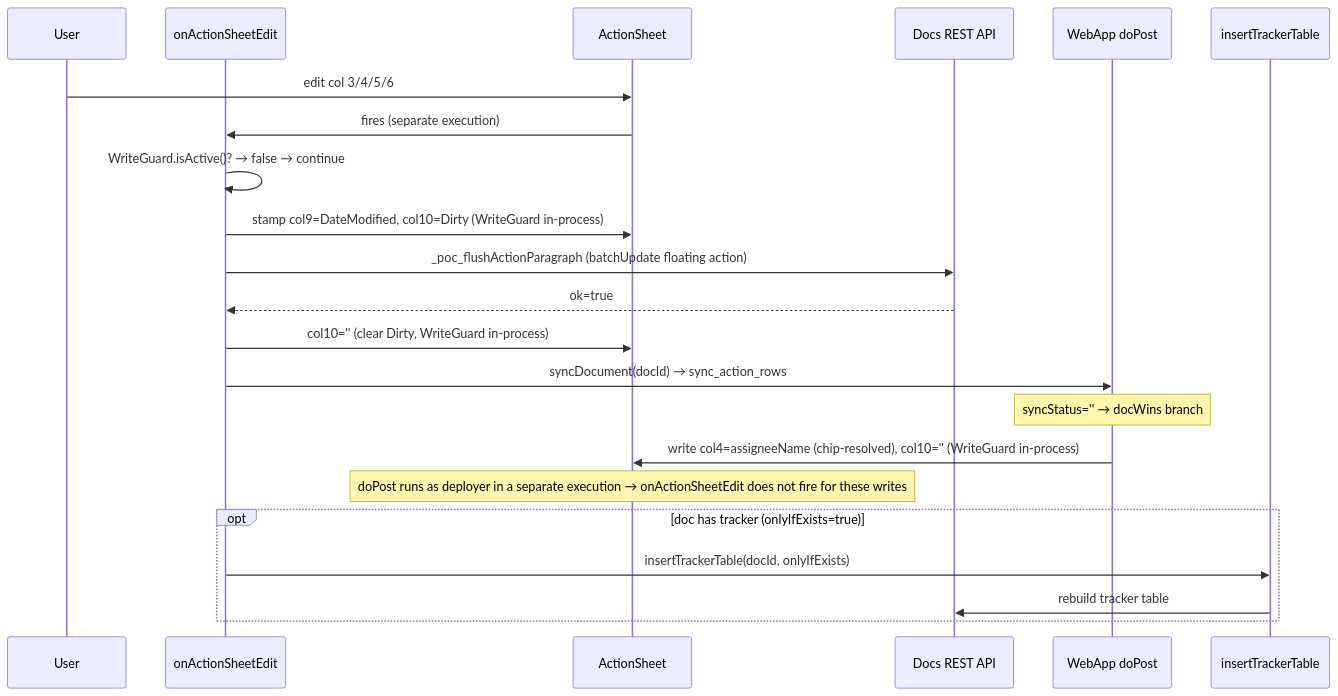
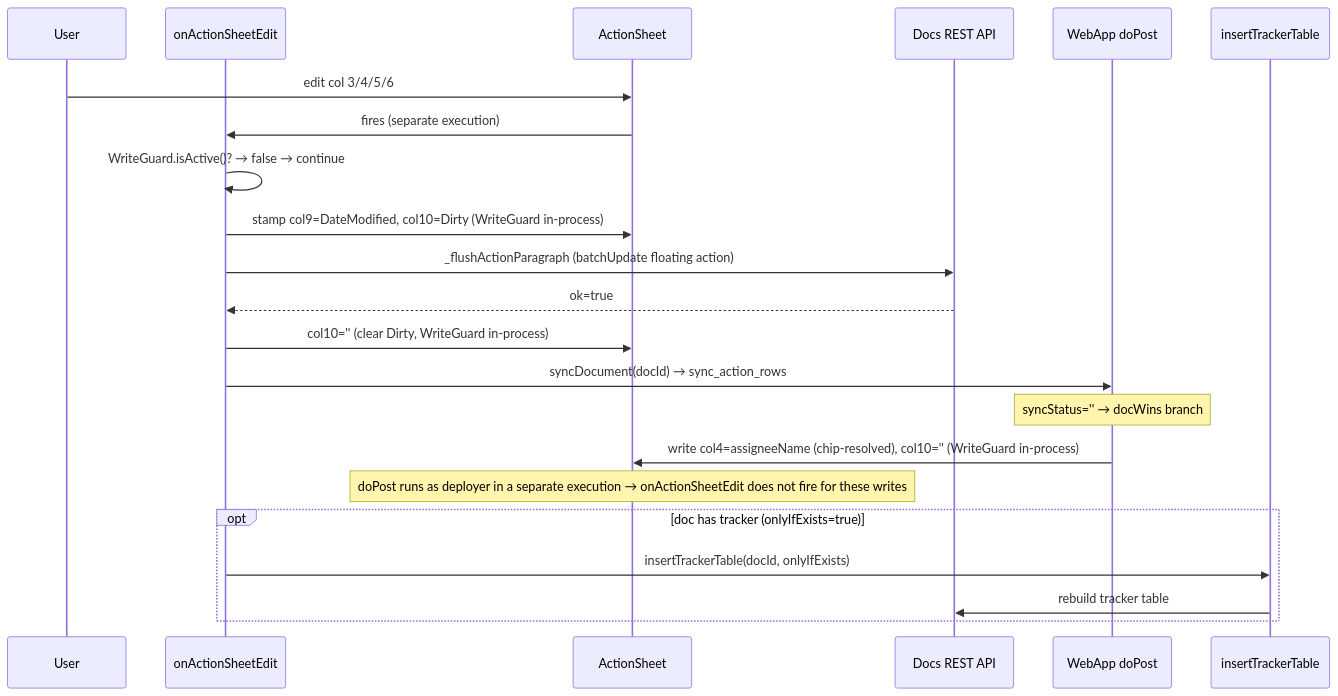
Before and after one commit to stuartdonaldson/GActionSheet: the sixth of 7 diagrams in docs/DESIGN.md, drawn with Mermaid. The commit also changed other lines of this file and 16 other files, not shown here.

````diff
--- a/docs/DESIGN.md
+++ b/docs/DESIGN.md
@@ -421,25 +423,25 @@
 ```mermaid
 sequenceDiagram
     participant User
     participant Trigger as onActionSheetEdit
     participant Sheet as ActionSheet
     participant REST as Docs REST API
     participant WebApp as WebApp doPost
     participant Tracker as insertTrackerTable
 
     User->>Sheet: edit col 3/4/5/6
     Sheet->>Trigger: fires (separate execution)
     Trigger->>Trigger: WriteGuard.isActive()? → false → continue
     Trigger->>Sheet: stamp col9=DateModified, col10=Dirty (WriteGuard in-process)
-    Trigger->>REST: _poc_flushActionParagraph (batchUpdate floating action)
+    Trigger->>REST: _flushActionParagraph (batchUpdate floating action)
     REST-->>Trigger: ok=true
     Trigger->>Sheet: col10='' (clear Dirty, WriteGuard in-process)
     Trigger->>WebApp: syncDocument(docId) → sync_action_rows
     Note over WebApp: syncStatus='' → docWins branch
     WebApp->>Sheet: write col4=assigneeName (chip-resolved), col10='' (WriteGuard in-process)
     Note over Sheet: doPost runs as deployer in a separate execution → onActionSheetEdit does not fire for these writes
     opt doc has tracker (onlyIfExists=true)
         Trigger->>Tracker: insertTrackerTable(docId, onlyIfExists)
         Tracker->>REST: rebuild tracker table
     end
 ```
````
